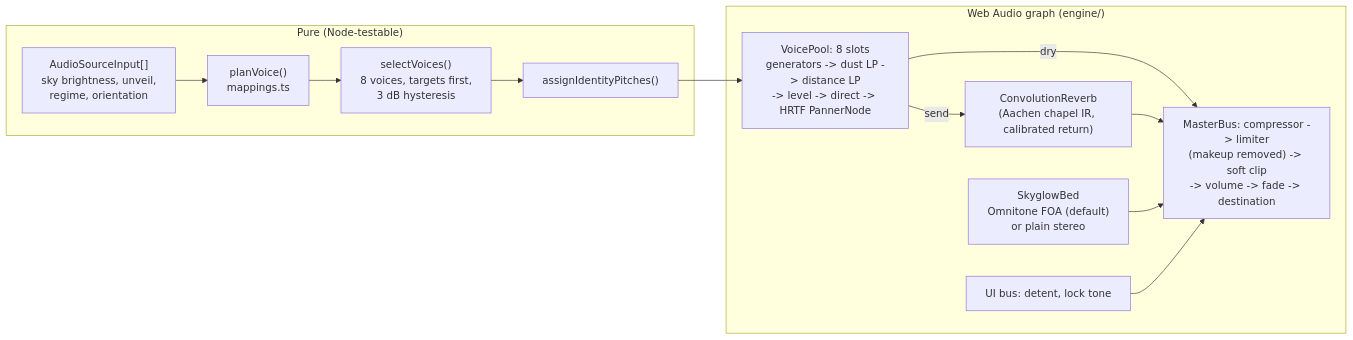
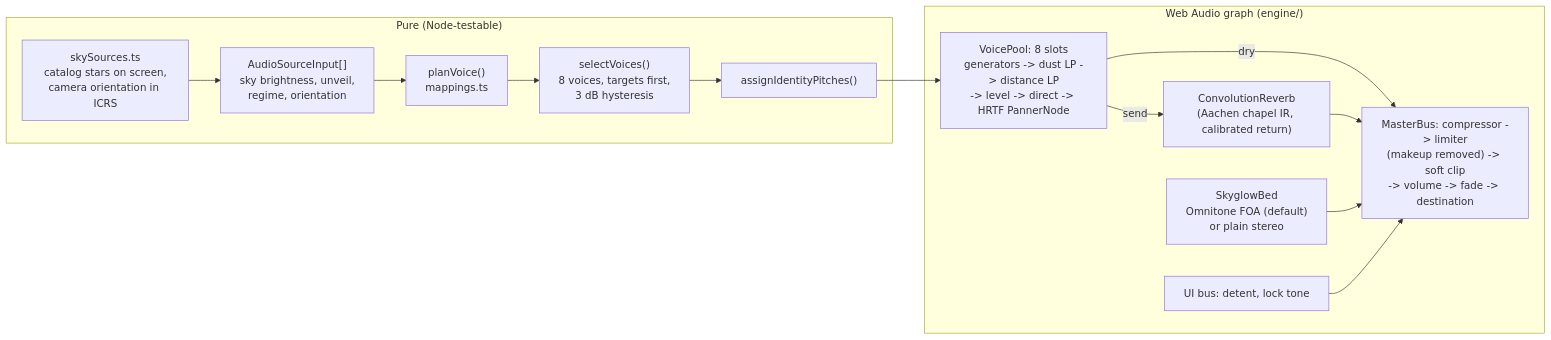
The diagram in docs/architecture/AUDIO_ENGINE.md (glendonC/albedian), drawn with Mermaid before and after one commit. The commit also changed other lines of this file and 9 other files, not shown here.

Commit message:
Voice the catalog stars on screen from their Gaia DR3 temperature, FLAME luminosity and Bailer-Jones distance, turn the listener with the camera in ICRS, and give stars one distance window at every scale

````diff
--- a/docs/architecture/AUDIO_ENGINE.md
+++ b/docs/architecture/AUDIO_ENGINE.md
@@ -28,24 +30,26 @@
 ```mermaid
 flowchart LR
     subgraph Pure["Pure (Node-testable)"]
+        Sky["skySources.ts<br/>catalog stars on screen,<br/>camera orientation in ICRS"]
         Inputs["AudioSourceInput[]<br/>sky brightness, unveil,<br/>regime, orientation"]
+        Sky --> Inputs
         Plan["planVoice()<br/>mappings.ts"]
         Select["selectVoices()<br/>8 voices, targets first,<br/>3 dB hysteresis"]
         Pitch["assignIdentityPitches()"]
         Inputs --> Plan --> Select --> Pitch
     end
 
     subgraph Graph["Web Audio graph (engine/)"]
         Pool["VoicePool: 8 slots<br/>generators -> dust LP -> distance LP<br/>-> level -> direct -> HRTF PannerNode"]
         Reverb["ConvolutionReverb<br/>(Aachen chapel IR, calibrated return)"]
         Bed["SkyglowBed<br/>Omnitone FOA (default)<br/>or plain stereo"]
         UI["UI bus: detent, lock tone"]
         Master["MasterBus: compressor -> limiter<br/>(makeup removed) -> soft clip<br/>-> volume -> fade -> destination"]
         Pool -->|dry| Master
         Pool -->|send| Reverb --> Master
         Bed --> Master
         UI --> Master
     end
 
     Pitch --> Pool
 ```
````
